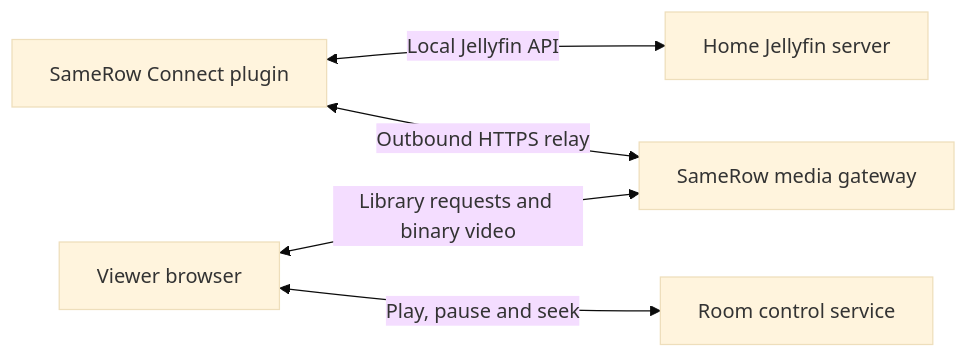
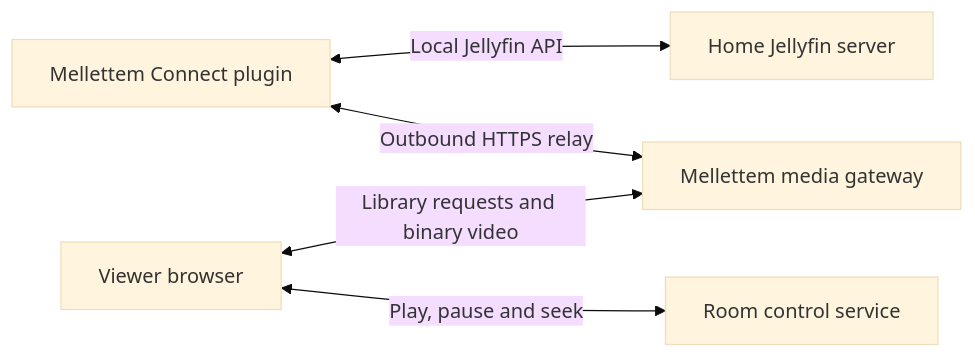
One commit to devpratyushh/Samerow-V2 changed the diagram in README.md. Above: the diagram before and after it, drawn with Mermaid (base theme). The commit also changed other lines of this file and 103 other files, not shown here.

````diff
--- a/README.md
+++ b/README.md
@@ -87,13 +89,13 @@
 ```mermaid
 flowchart LR
     Jellyfin[Home Jellyfin server]
-    Plugin[SameRow Connect plugin]
-    Gateway[SameRow media gateway]
+    Plugin[Mellettem Connect plugin]
+    Gateway[Mellettem media gateway]
     Browser[Viewer browser]
     Control[Room control service]
 
     Plugin <-->|Local Jellyfin API| Jellyfin
     Plugin <-->|Outbound HTTPS relay| Gateway
     Browser <-->|Library requests and binary video| Gateway
     Browser <-->|Play, pause and seek| Control
 ```
````
